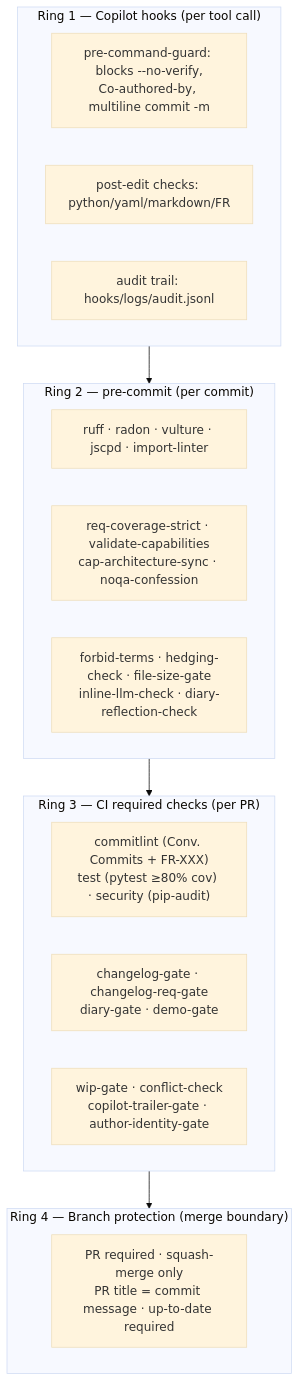
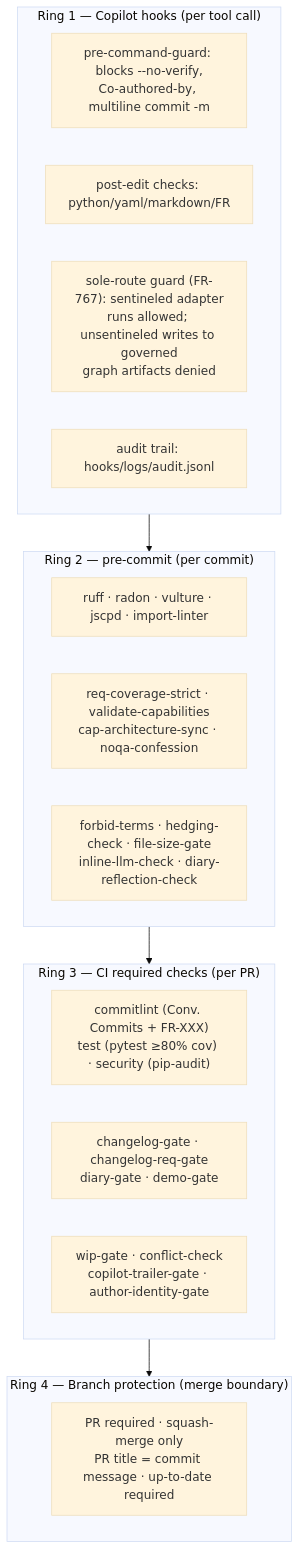
The fourth of 5 diagrams in docs/development-process.md (sheikkinen/yamlgraph), drawn with Mermaid (base theme) before and after one commit. The commit also changed other lines of this file and 3 other files, not shown here.

````diff
--- a/docs/development-process.md
+++ b/docs/development-process.md
@@ -236,22 +255,23 @@
 ```mermaid
 flowchart TB
     subgraph R1["Ring 1 — Copilot hooks (per tool call)"]
         h1["pre-command-guard: blocks --no-verify,<br/>Co-authored-by, multiline commit -m"]
         h2["post-edit checks: python/yaml/markdown/FR"]
-        h3["audit trail: hooks/logs/audit.jsonl"]
+        h3["sole-route guard (FR-767): sentineled adapter<br/>runs allowed; unsentineled writes to governed<br/>graph artifacts denied"]
+        h4["audit trail: hooks/logs/audit.jsonl"]
     end
     subgraph R2["Ring 2 — pre-commit (per commit)"]
         p1["ruff · radon · vulture · jscpd · import-linter"]
         p2["req-coverage-strict · validate-capabilities<br/>cap-architecture-sync · noqa-confession"]
         p3["forbid-terms · hedging-check · file-size-gate<br/>inline-llm-check · diary-reflection-check"]
     end
     subgraph R3["Ring 3 — CI required checks (per PR)"]
         c1["commitlint (Conv. Commits + FR-XXX)<br/>test (pytest ≥80% cov) · security (pip-audit)"]
         c2["changelog-gate · changelog-req-gate<br/>diary-gate · demo-gate"]
         c3["wip-gate · conflict-check<br/>copilot-trailer-gate · author-identity-gate"]
     end
     subgraph R4["Ring 4 — Branch protection (merge boundary)"]
         b1["PR required · squash-merge only<br/>PR title = commit message · up-to-date required"]
     end
     R1 --> R2 --> R3 --> R4
 ```
````
